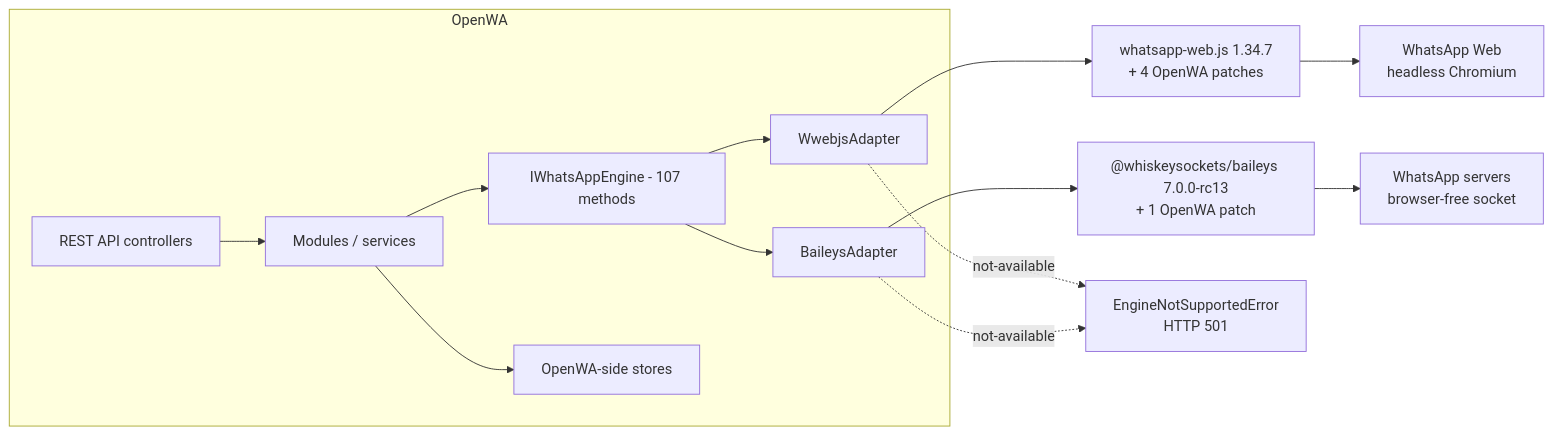
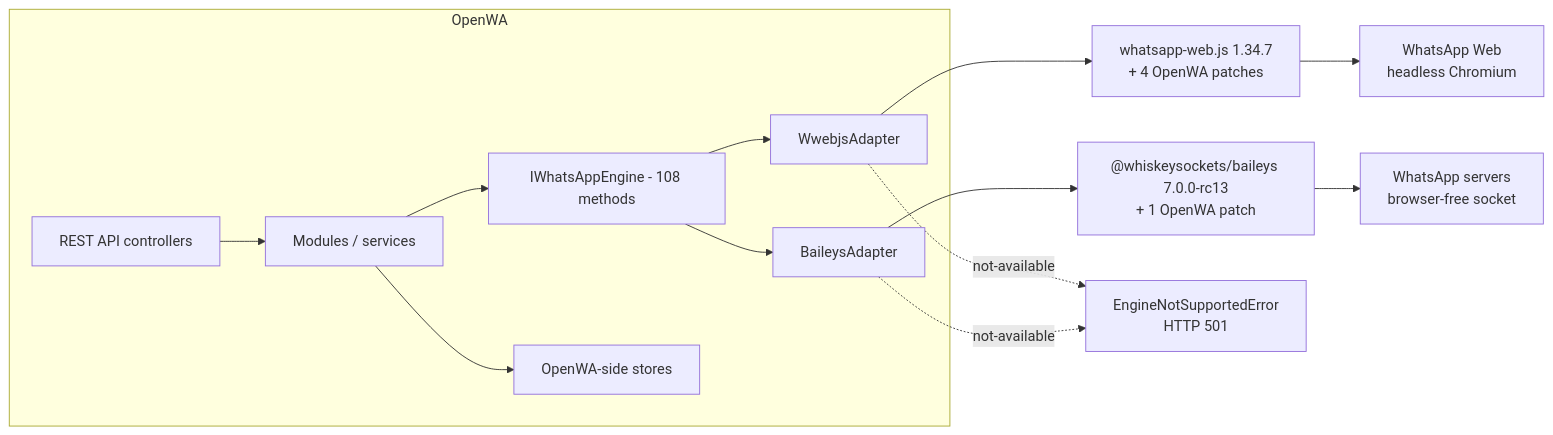
The first of 2 diagrams in docs/29-engine-capability-matrix.md (nourayman21k/OpenWA), drawn with Mermaid before and after one commit. The commit also changed other lines of this file and 15 other files, not shown here.

````diff
--- a/docs/29-engine-capability-matrix.md
+++ b/docs/29-engine-capability-matrix.md
@@ -42,16 +42,16 @@
 ```mermaid
 flowchart LR
     subgraph OpenWA["OpenWA"]
         API["REST API controllers"] --> SVC["Modules / services"]
-        SVC --> IF["IWhatsAppEngine - 107 methods"]
+        SVC --> IF["IWhatsAppEngine - 108 methods"]
         IF --> WA["WwebjsAdapter"]
         IF --> BA["BaileysAdapter"]
         SVC --> STORE["OpenWA-side stores"]
     end
     WA --> WLIB["whatsapp-web.js 1.34.7<br/>+ 4 OpenWA patches"]
     BA --> BLIB["@whiskeysockets/baileys 7.0.0-rc13<br/>+ 1 OpenWA patch"]
     WLIB --> WEB["WhatsApp Web<br/>headless Chromium"]
     BLIB --> WAS["WhatsApp servers<br/>browser-free socket"]
     WA -.->|"not-available"| E["EngineNotSupportedError<br/>HTTP 501"]
     BA -.->|"not-available"| E
 ```
````
